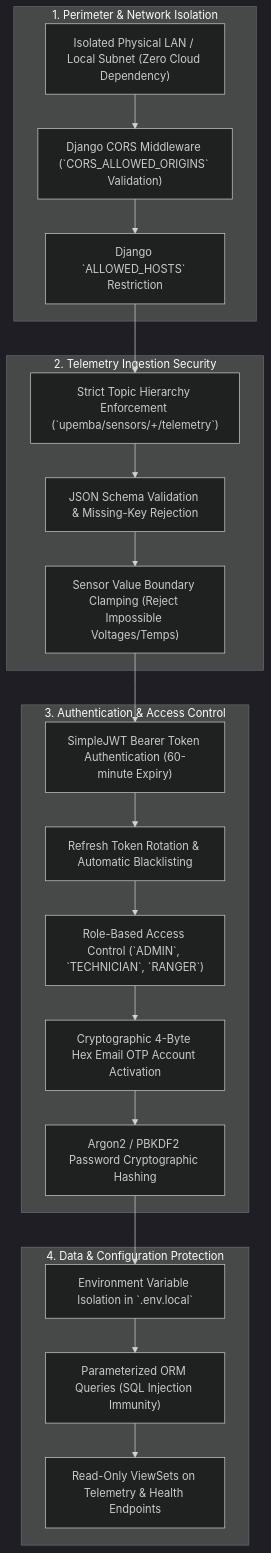
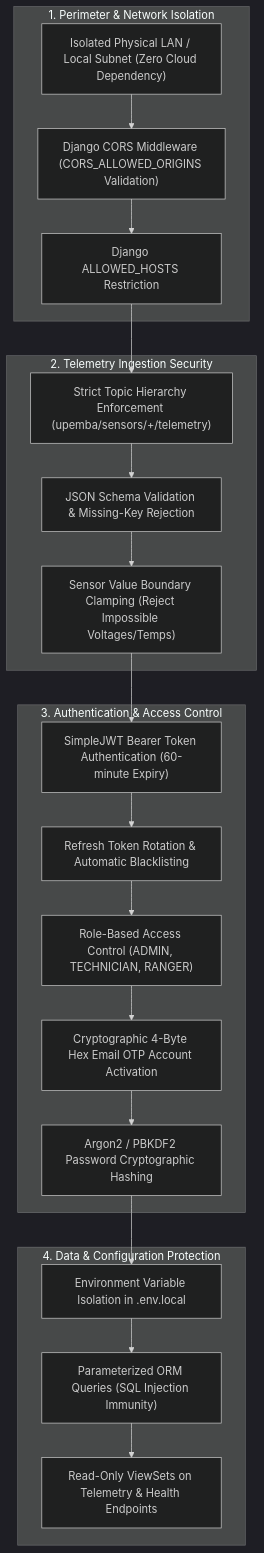
One commit to bendeze/upemba-iot-backend changed diagram 16 of 18 in ARCHITECTURE.md. Above: the diagram before and after it, drawn with Mermaid (dark theme). The commit also changed other lines of this file and 2 other files, not shown here.

````diff
--- a/ARCHITECTURE.md
+++ b/ARCHITECTURE.md
@@ -831,34 +831,34 @@
 ```mermaid
 flowchart TD
     subgraph PerimeterSec ["1. Perimeter & Network Isolation"]
         AIR_GAP["Isolated Physical LAN / Local Subnet (Zero Cloud Dependency)"]
-        CORS_FILTER["Django CORS Middleware (`CORS_ALLOWED_ORIGINS` Validation)"]
-        HOST_FILTER["Django `ALLOWED_HOSTS` Restriction"]
+        CORS_FILTER["Django CORS Middleware (CORS_ALLOWED_ORIGINS Validation)"]
+        HOST_FILTER["Django ALLOWED_HOSTS Restriction"]
     end
 
     subgraph IngestionSec ["2. Telemetry Ingestion Security"]
-        TOPIC_VAL["Strict Topic Hierarchy Enforcement (`upemba/sensors/+/telemetry`)"]
+        TOPIC_VAL["Strict Topic Hierarchy Enforcement (upemba/sensors/+/telemetry)"]
         PAYLOAD_VAL["JSON Schema Validation & Missing-Key Rejection"]
         BOUND_CHECK["Sensor Value Boundary Clamping (Reject Impossible Voltages/Temps)"]
     end
 
     subgraph AuthSec ["3. Authentication & Access Control"]
         JWT_AUTH["SimpleJWT Bearer Token Authentication (60-minute Expiry)"]
         REFRESH_ROT["Refresh Token Rotation & Automatic Blacklisting"]
-        RBAC_MODEL["Role-Based Access Control (`ADMIN`, `TECHNICIAN`, `RANGER`)"]
+        RBAC_MODEL["Role-Based Access Control (ADMIN, TECHNICIAN, RANGER)"]
         EMAIL_OTP["Cryptographic 4-Byte Hex Email OTP Account Activation"]
         PW_HASH["Argon2 / PBKDF2 Password Cryptographic Hashing"]
     end
 
     subgraph PersistenceSec ["4. Data & Configuration Protection"]
-        ENV_SECRETS["Environment Variable Isolation in `.env.local`"]
+        ENV_SECRETS["Environment Variable Isolation in .env.local"]
         PARAM_SQL["Parameterized ORM Queries (SQL Injection Immunity)"]
         READ_ONLY_API["Read-Only ViewSets on Telemetry & Health Endpoints"]
     end
 
     AIR_GAP --> CORS_FILTER --> HOST_FILTER
     HOST_FILTER --> TOPIC_VAL --> PAYLOAD_VAL --> BOUND_CHECK
     BOUND_CHECK --> JWT_AUTH --> REFRESH_ROT --> RBAC_MODEL
     RBAC_MODEL --> EMAIL_OTP --> PW_HASH
     PW_HASH --> ENV_SECRETS --> PARAM_SQL --> READ_ONLY_API
 ```
````
